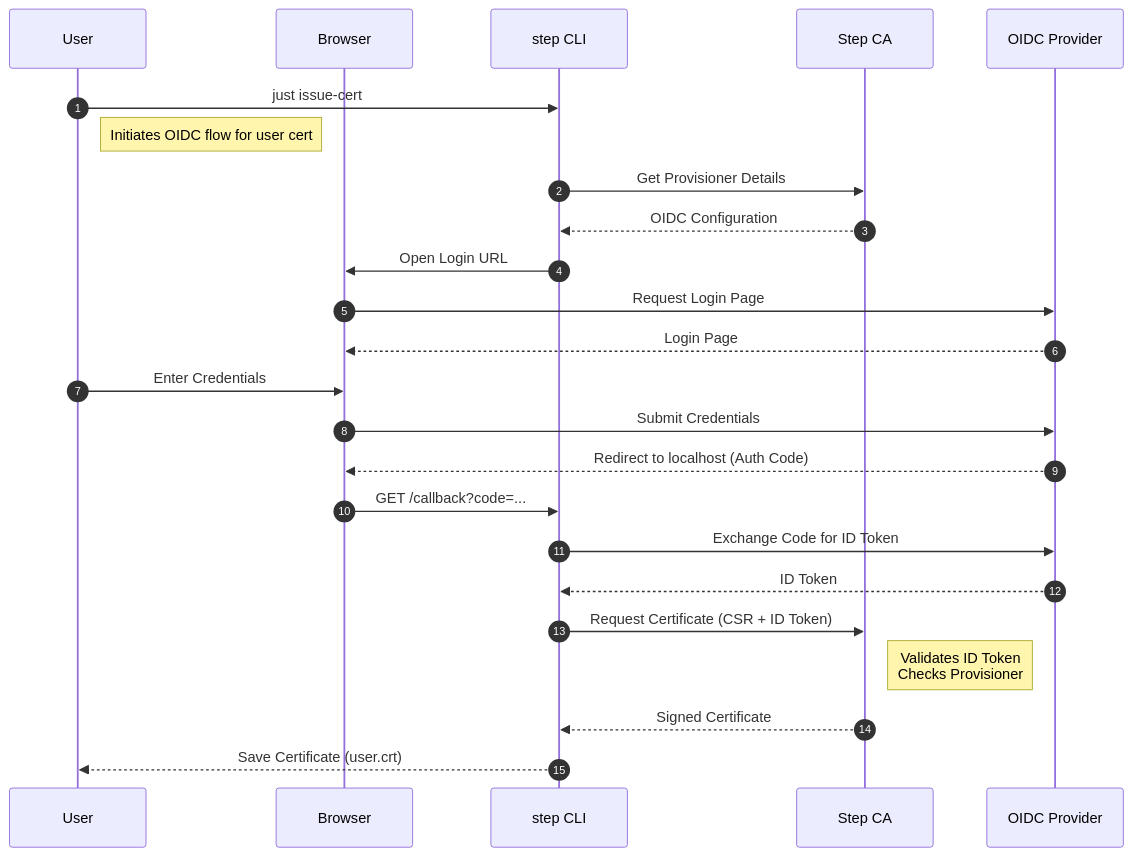
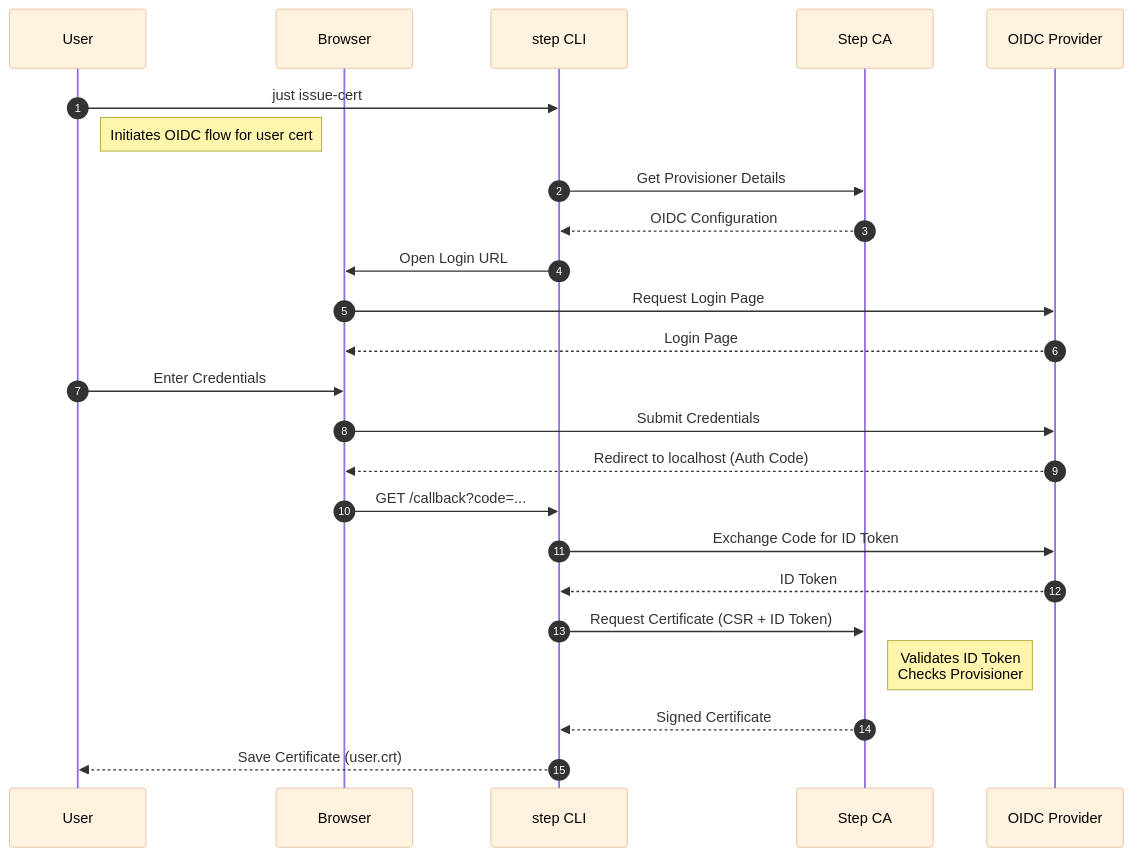
One commit to hshimoji/step-ca-tutorial changed the second of 2 diagrams in tutorial-03/README.md. Above: the diagram before and after it, drawn with Mermaid. The commit also changed other lines of this file and 1 other file, not shown here.

````diff
--- a/tutorial-03/README.md
+++ b/tutorial-03/README.md
@@ -44,27 +51,28 @@
 ```mermaid
+%%{init: {"themeVariables":{"actorBkg":"#fff3e0","actorTextColor":"#000","actorBorder":"#e6bfa0"}}}%%
 sequenceDiagram
     autonumber
     participant U as User
     participant B as Browser
     participant C as step CLI
     participant S as Step CA
     participant O as OIDC Provider
 
     U->>C: just issue-cert
     Note right of U: Initiates OIDC flow for user cert
     C->>S: Get Provisioner Details
     S-->>C: OIDC Configuration
     C->>B: Open Login URL
     B->>O: Request Login Page
     O-->>B: Login Page
     U->>B: Enter Credentials
     B->>O: Submit Credentials
     O-->>B: Redirect to localhost (Auth Code)
     B->>C: GET /callback?code=...
     C->>O: Exchange Code for ID Token
     O-->>C: ID Token
     C->>S: Request Certificate (CSR + ID Token)
     Note right of S: Validates ID Token<br/>Checks Provisioner
     S-->>C: Signed Certificate
     C-->>U: Save Certificate (user.crt)
 ```
````
